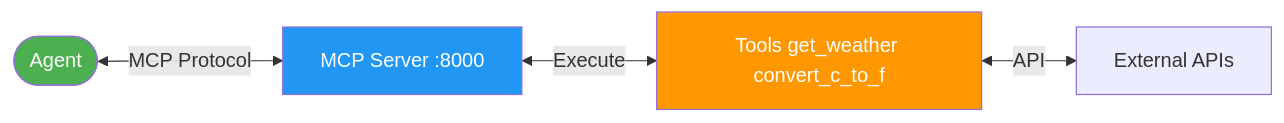
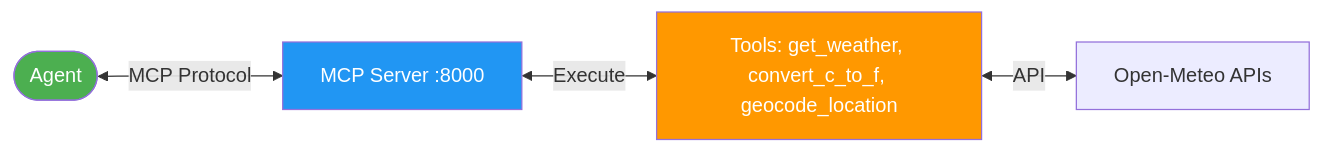
One commit to skillrepos/ai-3in1 changed the second of 4 diagrams in docs/architecture-lab3.md. Above: the diagram before and after it, drawn with Mermaid. The commit also changed other lines of this file and 10 other files, not shown here.

Commit message:
update retries and architecture diagrams

````diff
--- a/docs/architecture-lab3.md
+++ b/docs/architecture-lab3.md
@@ -49,10 +50,10 @@
 ```mermaid
 flowchart LR
     Agent([Agent]) <-->|MCP Protocol| Server[MCP Server :8000]
-    Server <-->|Execute| Tools[Tools get_weather convert_c_to_f]
-    Tools <-->|API| External[External APIs]
+    Server <-->|Execute| Tools[Tools: get_weather, convert_c_to_f, geocode_location]
+    Tools <-->|API| External[Open-Meteo APIs]
 
     style Agent fill:#4CAF50,color:#fff
     style Server fill:#2196F3,color:#fff
     style Tools fill:#FF9800,color:#fff
 ```
````
